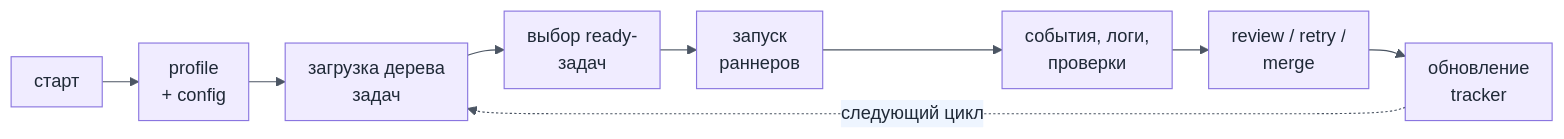
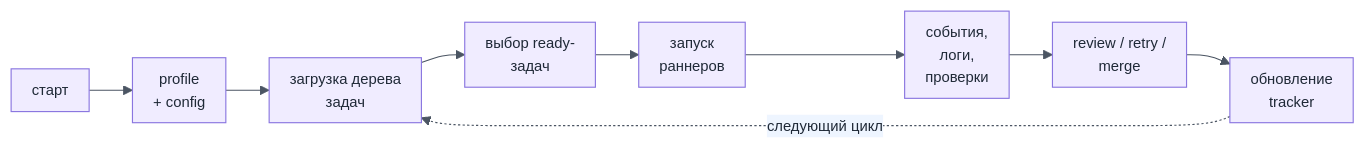
Before and after one commit to egv/yolo-runner: the third of 7 diagrams in slides.md, drawn with Mermaid. The commit also changed other lines of this file and 1 other file, not shown here.

````diff
--- a/slides.md
+++ b/slides.md
@@ -445,12 +525,12 @@
 ```mermaid
-%%{init: {'theme': 'base', 'themeVariables': { 'fontFamily': 'Inter, ui-sans-serif, system-ui', 'fontSize': '16px', 'primaryColor': '#f0ecff', 'primaryTextColor': '#1f2937', 'primaryBorderColor': '#8a76e0', 'lineColor': '#4b5563', 'secondaryColor': '#eef5ff', 'tertiaryColor': '#eefaf2' }, 'flowchart': { 'htmlLabels': true, 'curve': 'basis', 'nodeSpacing': 24, 'rankSpacing': 32, 'padding': 10 } } }%%
+%%{init: {'theme': 'base', 'themeVariables': { 'fontFamily': 'Inter, ui-sans-serif, system-ui', 'fontSize': '13px', 'primaryColor': '#f0ecff', 'primaryTextColor': '#1f2937', 'primaryBorderColor': '#8a76e0', 'lineColor': '#4b5563', 'secondaryColor': '#eef5ff', 'tertiaryColor': '#eefaf2' }, 'flowchart': { 'htmlLabels': true, 'curve': 'basis', 'nodeSpacing': 28, 'rankSpacing': 38, 'padding': 9 } } }%%
 flowchart LR
   Start["старт"] --> Config["profile<br/>+ config"]
   Config --> Load["загрузка дерева<br/>задач"]
   Load --> Pick["выбор ready-<br/>задач"]
   Pick --> Launch["запуск<br/>раннеров"]
-  Launch --> Watch["события, логи,<br/>проверки"]
+  Launch --> Watch["события,<br/>логи,<br/>проверки"]
   Watch --> Decide["review / retry /<br/>merge"]
   Decide --> Update["обновление<br/>tracker"]
   Update -. следующий цикл .-> Load
 ```
````
